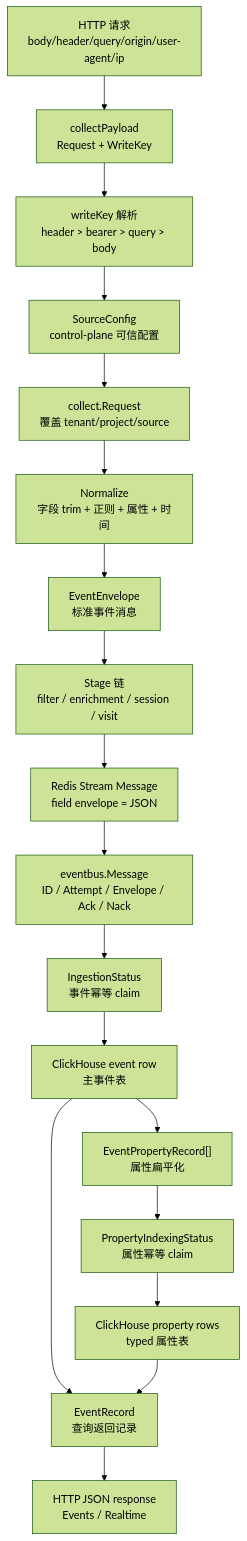
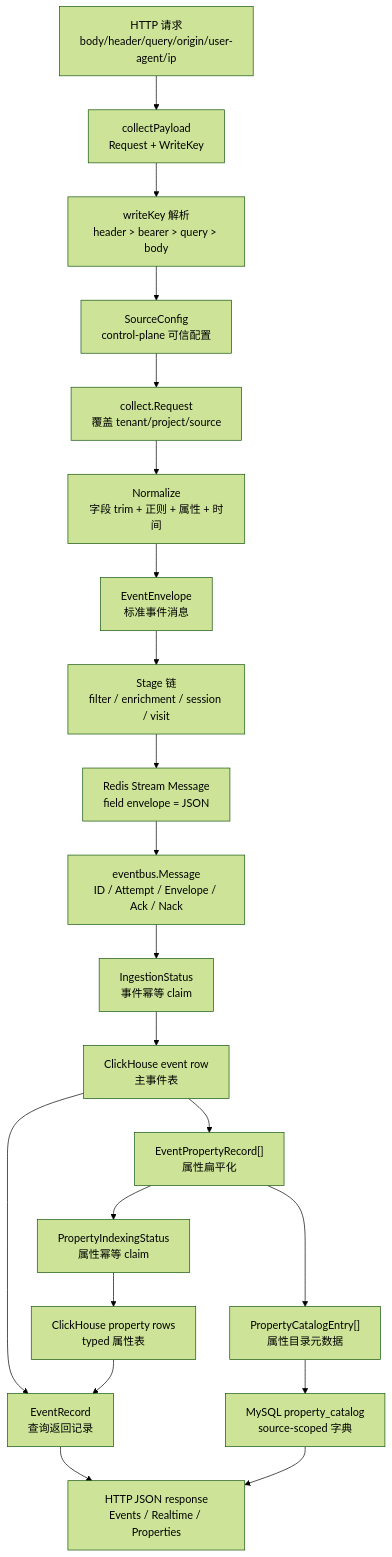
The first of 5 diagrams in docs/analytics-source-reading/data-flow-analysis.md (RoggerZ/uba), drawn with Mermaid (forest theme) before and after one commit. The commit also changed other lines of this file and 6 other files, not shown here.

First line of the commit message:
Record property catalog readback progress

````diff
--- a/docs/analytics-source-reading/data-flow-analysis.md
+++ b/docs/analytics-source-reading/data-flow-analysis.md
@@ -7,25 +7,29 @@
 ```mermaid
 flowchart TB
     A["HTTP 请求<br/>body/header/query/origin/user-agent/ip"]
     B["collectPayload<br/>Request + WriteKey"]
     C["writeKey 解析<br/>header > bearer > query > body"]
     D["SourceConfig<br/>control-plane 可信配置"]
     E["collect.Request<br/>覆盖 tenant/project/source"]
     F["Normalize<br/>字段 trim + 正则 + 属性 + 时间"]
     G["EventEnvelope<br/>标准事件消息"]
     H["Stage 链<br/>filter / enrichment / session / visit"]
     I["Redis Stream Message<br/>field envelope = JSON"]
     J["eventbus.Message<br/>ID / Attempt / Envelope / Ack / Nack"]
     K["IngestionStatus<br/>事件幂等 claim"]
     L["ClickHouse event row<br/>主事件表"]
     M["EventPropertyRecord[]<br/>属性扁平化"]
     N["PropertyIndexingStatus<br/>属性幂等 claim"]
     O["ClickHouse property rows<br/>typed 属性表"]
+    R["PropertyCatalogEntry[]<br/>属性目录元数据"]
+    S["MySQL property_catalog<br/>source-scoped 字典"]
     P["EventRecord<br/>查询返回记录"]
-    Q["HTTP JSON response<br/>Events / Realtime"]
+    Q["HTTP JSON response<br/>Events / Realtime / Properties"]
 
     A --> B --> C --> D --> E --> F --> G --> H --> I --> J
     J --> K --> L --> M --> N --> O
+    M --> R --> S
     L --> P --> Q
     O --> P
+    S --> Q
 ```
````
